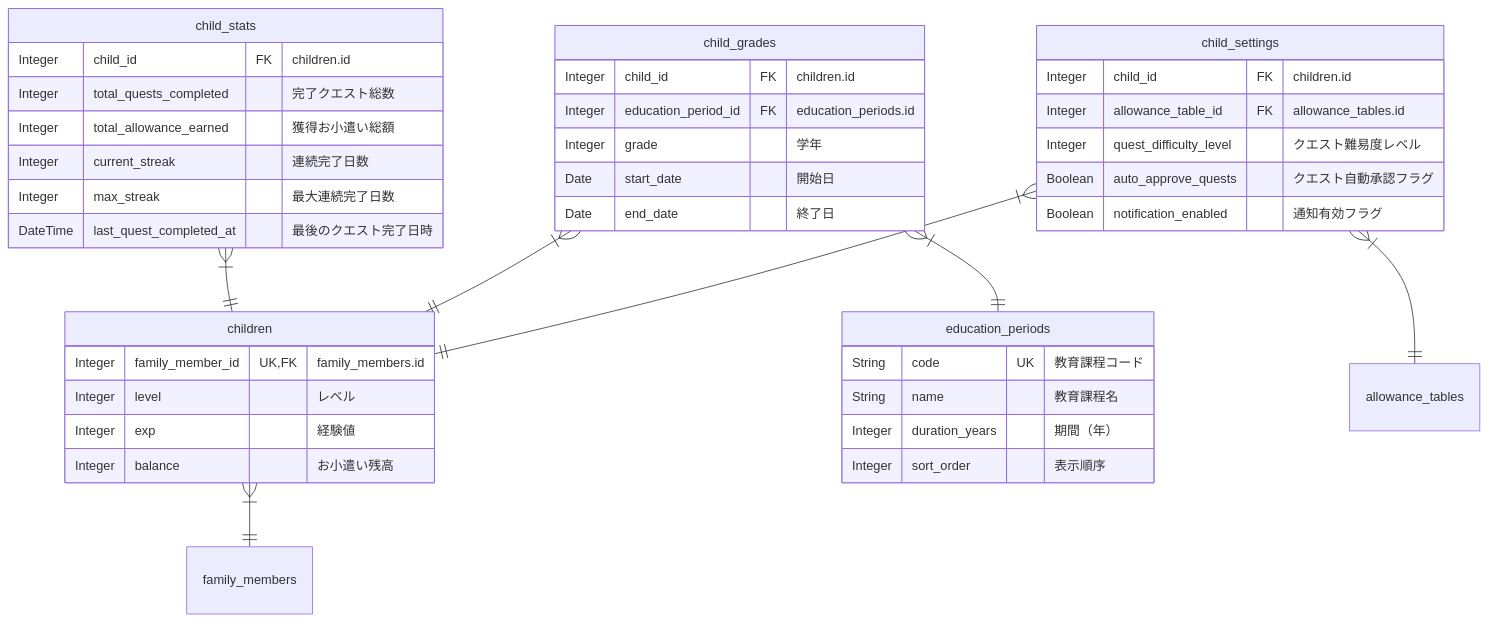
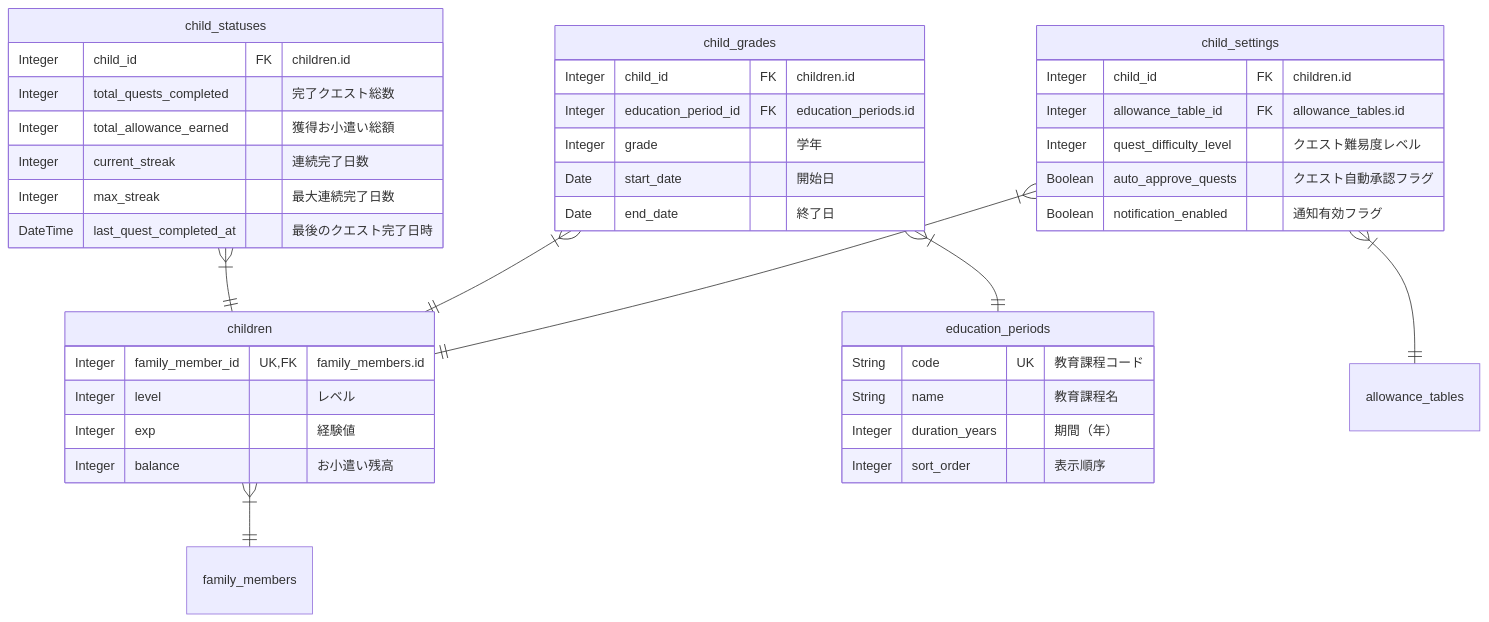
The seventh of 17 diagrams in apps/api/docs/ja/uml/erd.md (shuhei1101/allowance-questboard), drawn with Mermaid before and after one commit. The commit also changed 17 other files, not shown here.

````diff
--- a/apps/api/docs/ja/uml/erd.md
+++ b/apps/api/docs/ja/uml/erd.md
@@ -170,54 +170,54 @@
 ```mermaid
 %% child
 erDiagram
     children {
         %% 履歴あり
         Integer family_member_id UK,FK "family_members.id"
         Integer level "レベル"
         Integer exp "経験値"
         Integer balance "お小遣い残高"
     }
 
     child_settings {
         %% 履歴あり
         Integer child_id FK "children.id"
         Integer allowance_table_id FK "allowance_tables.id"
         Integer quest_difficulty_level "クエスト難易度レベル"
         Boolean auto_approve_quests "クエスト自動承認フラグ"
         Boolean notification_enabled "通知有効フラグ"
     }
 
     child_grades {
         %% 履歴あり
         Integer child_id FK "children.id"
         Integer education_period_id FK "education_periods.id"
         Integer grade "学年"
         Date start_date "開始日"
         Date end_date "終了日"
     }
 
-    child_stats {
+    child_statuses {
         %% 履歴あり
         Integer child_id FK "children.id"
         Integer total_quests_completed "完了クエスト総数"
         Integer total_allowance_earned "獲得お小遣い総額"
         Integer current_streak "連続完了日数"
         Integer max_streak "最大連続完了日数"
         DateTime last_quest_completed_at "最後のクエスト完了日時"
     }
 
     education_periods {
         String code UK "教育課程コード"
         String name "教育課程名"
         Integer duration_years "期間（年）"
         Integer sort_order "表示順序"
     }
 
     %% Relationships
     children }|--|| family_members: ""
     child_settings }|--|| children: ""
     child_settings }|--|| allowance_tables: ""
     child_grades }|--|| children: ""
     child_grades }|--|| education_periods: ""
-    child_stats }|--|| children: ""
+    child_statuses }|--|| children: ""
 ```
````
